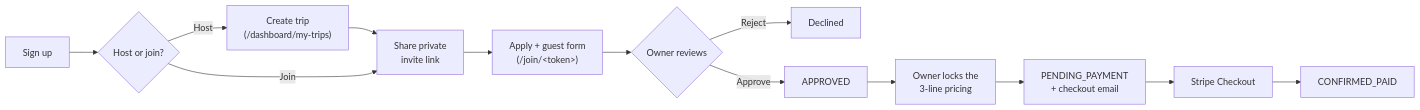
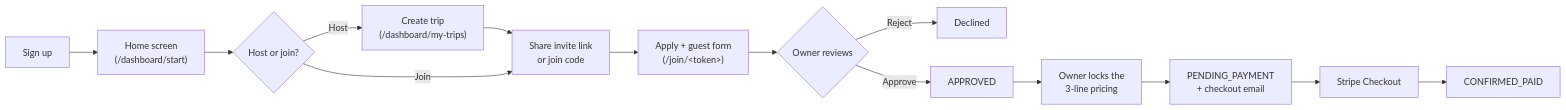
The diagram in README.md (taylordrew4u2/the-trip-handler), drawn with Mermaid before and after one commit. The commit also changed other lines of this file and 20 other files, not shown here.

First line of the commit message:
feat: home screen instead of auto-showing a trip; join-by-code + walkthrough

````diff
--- a/README.md
+++ b/README.md
@@ -35,15 +36,16 @@
 ```mermaid
 flowchart LR
-  S[Sign up] --> Q{Host or join?}
+  S[Sign up] --> H["Home screen<br/>(/dashboard/start)"]
+  H --> Q{Host or join?}
   Q -- Host --> C["Create trip<br/>(/dashboard/my-trips)"]
-  C --> L["Share private<br/>invite link"]
+  C --> L["Share invite link<br/>or join code"]
   Q -- Join --> L
   L --> A["Apply + guest form<br/>(/join/&lt;token&gt;)"]
   A --> R{Owner reviews}
   R -- Reject --> X[Declined]
   R -- Approve --> AP[APPROVED]
   AP --> P["Owner locks the<br/>3-line pricing"]
   P --> PP["PENDING_PAYMENT<br/>+ checkout email"]
   PP --> ST[Stripe Checkout]
   ST --> CP[CONFIRMED_PAID]
 ```
````
